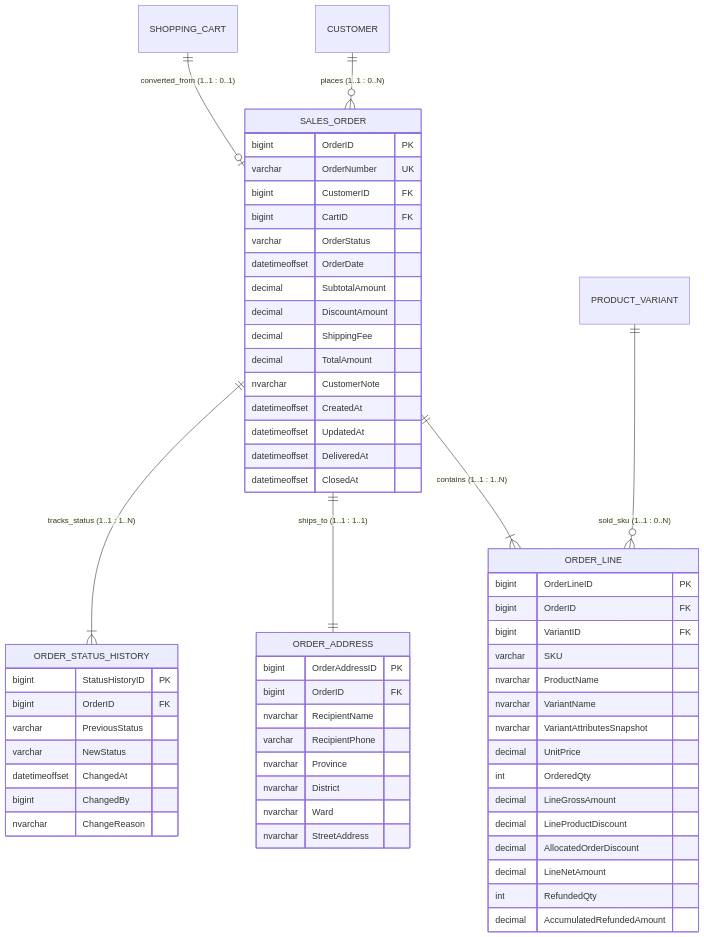
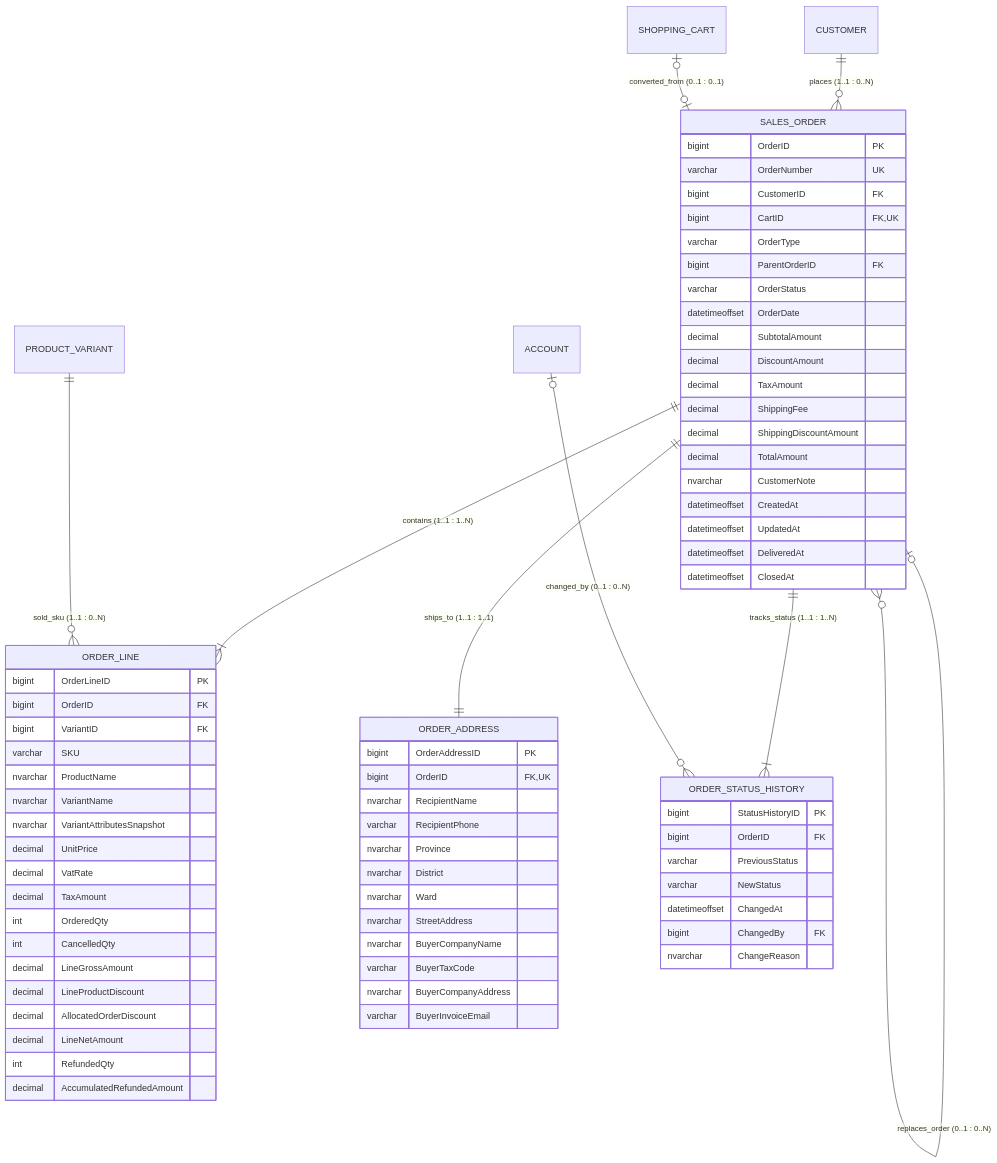
The diagram in docs/erd/mermaid/Sales.md (itzchugnn/RetailCore-E-commerce-Management-System), drawn with Mermaid before and after one commit. The commit also changed 42 other files, not shown here.

````diff
--- a/docs/erd/mermaid/Sales.md
+++ b/docs/erd/mermaid/Sales.md
@@ -1,65 +1,78 @@
 ```mermaid
 erDiagram
     CUSTOMER ||--o{ SALES_ORDER : "places (1..1 : 0..N)"
-    SHOPPING_CART ||--o| SALES_ORDER : "converted_from (1..1 : 0..1)"
+    SHOPPING_CART |o--o| SALES_ORDER : "converted_from (0..1 : 0..1)"
+    SALES_ORDER |o--o{ SALES_ORDER : "replaces_order (0..1 : 0..N)"
 
     SALES_ORDER ||--|{ ORDER_LINE : "contains (1..1 : 1..N)"
     PRODUCT_VARIANT ||--o{ ORDER_LINE : "sold_sku (1..1 : 0..N)"
 
     SALES_ORDER ||--|| ORDER_ADDRESS : "ships_to (1..1 : 1..1)"
     SALES_ORDER ||--|{ ORDER_STATUS_HISTORY : "tracks_status (1..1 : 1..N)"
+    ACCOUNT |o--o{ ORDER_STATUS_HISTORY : "changed_by (0..1 : 0..N)"
 
     SALES_ORDER {
         bigint OrderID PK
         varchar OrderNumber UK
         bigint CustomerID FK
-        bigint CartID FK
+        bigint CartID FK,UK
+        varchar OrderType
+        bigint ParentOrderID FK
         varchar OrderStatus
         datetimeoffset OrderDate
         decimal SubtotalAmount
         decimal DiscountAmount
+        decimal TaxAmount
         decimal ShippingFee
+        decimal ShippingDiscountAmount
         decimal TotalAmount
         nvarchar CustomerNote
         datetimeoffset CreatedAt
         datetimeoffset UpdatedAt
         datetimeoffset DeliveredAt
         datetimeoffset ClosedAt
     }
     ORDER_LINE {
         bigint OrderLineID PK
         bigint OrderID FK
         bigint VariantID FK
         varchar SKU
         nvarchar ProductName
         nvarchar VariantName
         nvarchar VariantAttributesSnapshot
         decimal UnitPrice
+        decimal VatRate
+        decimal TaxAmount
         int OrderedQty
+        int CancelledQty
         decimal LineGrossAmount
         decimal LineProductDiscount
         decimal AllocatedOrderDiscount
         decimal LineNetAmount
         int RefundedQty
         decimal AccumulatedRefundedAmount
     }
     ORDER_ADDRESS {
         bigint OrderAddressID PK
-        bigint OrderID FK
+        bigint OrderID FK,UK
         nvarchar RecipientName
         varchar RecipientPhone
         nvarchar Province
         nvarchar District
         nvarchar Ward
         nvarchar StreetAddress
+        nvarchar BuyerCompanyName
+        varchar BuyerTaxCode
+        nvarchar BuyerCompanyAddress
+        varchar BuyerInvoiceEmail
     }
     ORDER_STATUS_HISTORY {
         bigint StatusHistoryID PK
         bigint OrderID FK
         varchar PreviousStatus
         varchar NewStatus
         datetimeoffset ChangedAt
-        bigint ChangedBy
+        bigint ChangedBy FK
         nvarchar ChangeReason
     }
 ```
````
